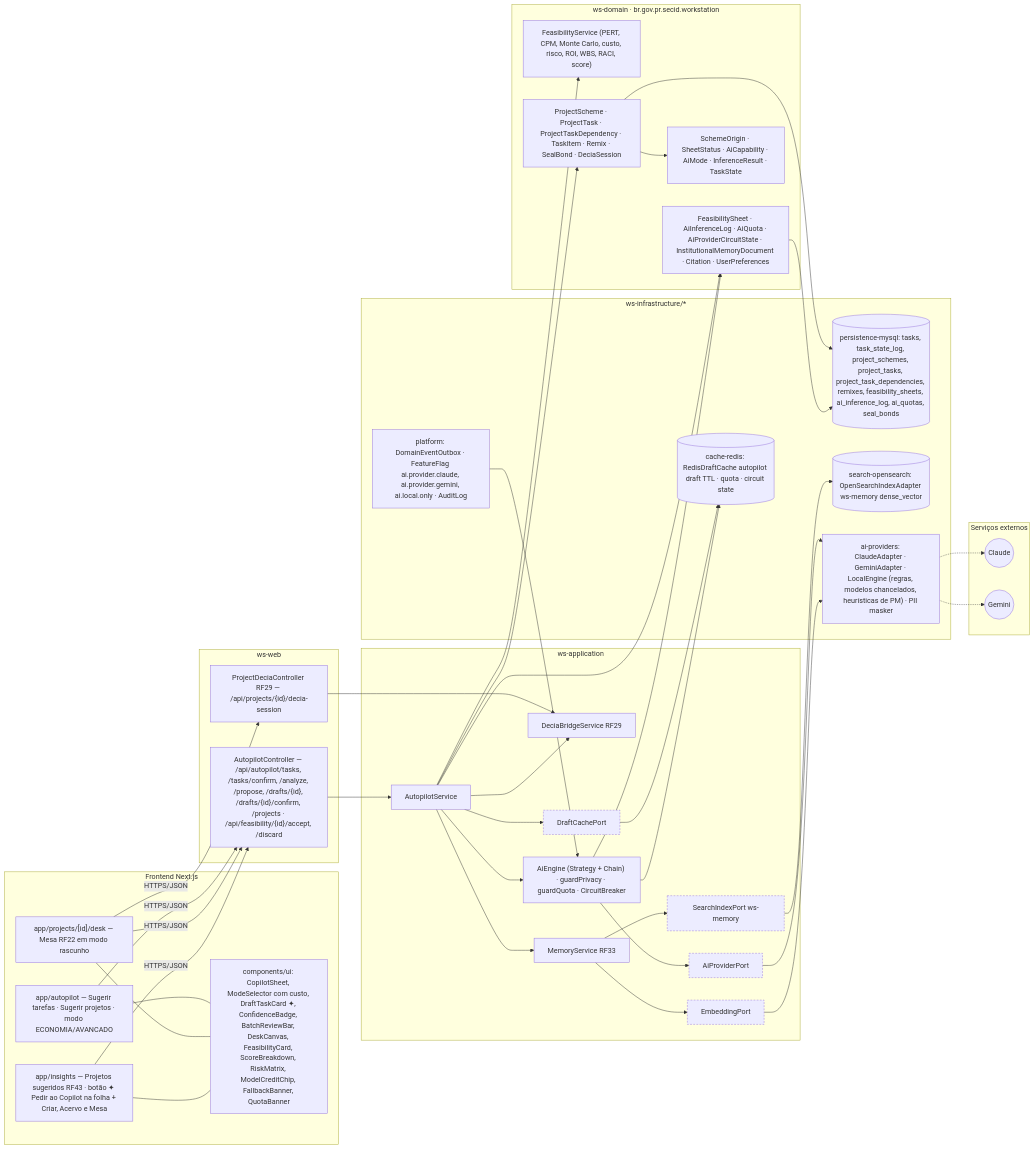
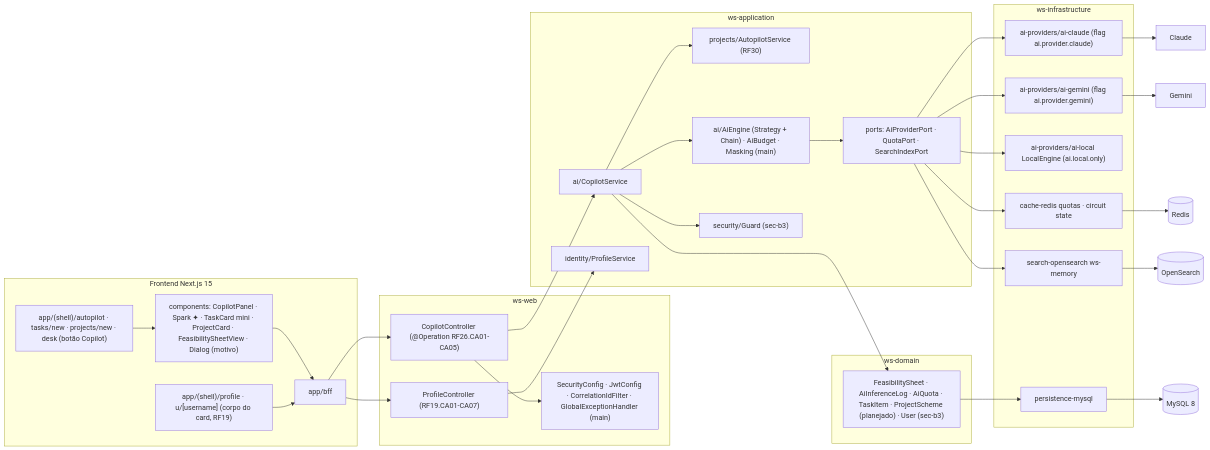
Before and after one commit to MatheusHaliski/Decia-app-2026: the fifth of 5 diagrams in docs/diagramas/RF26/README.md, drawn with Mermaid. The commit also changed other lines of this file and 5 other files, not shown here.

First line of the commit message:
docs(diagramas): reescreve RF24–RF29 (classes, atividades, sequência, estados, componentes)

````diff
--- a/docs/diagramas/RF26/README.md
+++ b/docs/diagramas/RF26/README.md
@@ -651,80 +397,47 @@
 ```mermaid
 flowchart LR
-  subgraph FE["Frontend Next.js"]
-    F1["app/autopilot — Sugerir tarefas · Sugerir projetos · modo ECONOMIA/AVANCADO"]
-    F2["app/projects/[id]/desk — Mesa RF22 em modo rascunho"]
-    F3["app/insights — Projetos sugeridos RF43 · botão ✦ Pedir ao Copilot na folha + Criar, Acervo e Mesa"]
-    F4["components/ui: CopilotSheet, ModeSelector com custo, DraftTaskCard ✦, ConfidenceBadge, BatchReviewBar, DeskCanvas, FeasibilityCard, ScoreBreakdown, RiskMatrix, ModelCreditChip, FallbackBanner, QuotaBanner"]
+  subgraph FRONT["Frontend Next.js 15"]
+    R1["app/(shell)/autopilot · tasks/new · projects/new · desk (botão Copilot)"]
+    R2["components: CopilotPanel · Spark ✦ · TaskCard mini · ProjectCard · FeasibilitySheetView · Dialog (motivo)"]
+    R3["app/(shell)/profile · u/[username] (corpo do card, RF19)"]
+    BFF["app/bff"]
+    R1 --> R2 --> BFF
+    R3 --> BFF
   end
-
   subgraph WEB["ws-web"]
-    C1["AutopilotController — /api/autopilot/tasks, /tasks/confirm, /analyze, /propose, /drafts/{id}, /drafts/{id}/confirm, /projects · /api/feasibility/{id}/accept, /discard"]
-    C2["ProjectDeciaController RF29 — /api/projects/{id}/decia-session"]
+    CC["CopilotController (@Operation RF26.CA01-CA05)"]
+    PCO["ProfileController (RF19.CA01-CA07)"]
+    SEC["SecurityConfig · JwtConfig · CorrelationIdFilter · GlobalExceptionHandler (main)"]
   end
-
-  subgraph APP["ws-application"]
-    S1["AutopilotService"]
-    S2["MemoryService RF33"]
-    S3["DeciaBridgeService RF29"]
-    S4["AiEngine (Strategy + Chain) · guardPrivacy · guardQuota · CircuitBreaker"]
-    P1["AiProviderPort"]
-    P2["DraftCachePort"]
-    P3["SearchIndexPort ws-memory"]
-    P4["EmbeddingPort"]
+  subgraph APPL["ws-application"]
+    CS["ai/CopilotService"]
+    AS["projects/AutopilotService (RF30)"]
+    AIE["ai/AiEngine (Strategy + Chain) · AiBudget · Masking (main)"]
+    PS["identity/ProfileService"]
+    GD["security/Guard (sec-b3)"]
+    PORTS["ports: AiProviderPort · QuotaPort · SearchIndexPort"]
   end
-
-  subgraph DOM["ws-domain · br.gov.pr.secid.workstation"]
-    D1["FeasibilityService (PERT, CPM, Monte Carlo, custo, risco, ROI, WBS, RACI, score)"]
-    D2["ProjectScheme · ProjectTask · ProjectTaskDependency · TaskItem · Remix · SealBond · DeciaSession"]
-    D3["FeasibilitySheet · AiInferenceLog · AiQuota · AiProviderCircuitState · InstitutionalMemoryDocument · Citation · UserPreferences"]
-    D4["SchemeOrigin · SheetStatus · AiCapability · AiMode · InferenceResult · TaskState"]
+  subgraph DOM["ws-domain"]
+    ENT["FeasibilitySheet · AiInferenceLog · AiQuota · TaskItem · ProjectScheme (planejado) · User (sec-b3)"]
   end
-
-  subgraph INFRA["ws-infrastructure/*"]
-    I1[("persistence-mysql: tasks, task_state_log, project_schemes, project_tasks, project_task_dependencies, remixes, feasibility_sheets, ai_inference_log, ai_quotas, seal_bonds")]
-    I2[("cache-redis: RedisDraftCache autopilot draft TTL · quota · circuit state")]
-    I3[("search-opensearch: OpenSearchIndexAdapter ws-memory dense_vector")]
-    I4["ai-providers: ClaudeAdapter · GeminiAdapter · LocalEngine (regras, modelos chancelados, heurísticas de PM) · PII masker"]
-    I5["platform: DomainEventOutbox · FeatureFlag ai.provider.claude, ai.provider.gemini, ai.local.only · AuditLog"]
+  subgraph INFRA["ws-infrastructure"]
+    AIC["ai-providers/ai-claude (flag ai.provider.claude)"]
+    AIG["ai-providers/ai-gemini (flag ai.provider.gemini)"]
+    AIL["ai-providers/ai-local LocalEngine (ai.local.only)"]
+    RD["cache-redis quotas · circuit state"]
+    OSA["search-opensearch ws-memory"]
+    MY["persistence-mysql"]
   end
-
-  subgraph EXT["Serviços externos"]
-    E1(("Claude"))
-    E2(("Gemini"))
-  end
-
-  F1 --- F4
-  F2 --- F4
-  F3 --- F4
-  F1 -->|"HTTPS/JSON"| C1
-  F2 -->|"HTTPS/JSON"| C1
-  F2 -->|"HTTPS/JSON"| C2
-  F3 -->|"HTTPS/JSON"| C1
-  C1 --> S1
-  C2 --> S3
-  S1 --> S2
-  S1 --> S3
-  S1 --> S4
-  S1 --> D1
-  S1 --> P2
-  S4 --> P1
-  S2 --> P3
-  S2 --> P4
-  S1 --> D2
-  S1 --> D3
-  S4 --> D3
-  D2 --> D4
-  D2 --> I1
-  D3 --> I1
-  P2 --> I2
-  S4 --> I2
-  P3 --> I3
-  P1 --> I4
-  P4 --> I4
-  I5 --> S4
-  I4 -.-> E1
-  I4 -.-> E2
-
-  classDef port stroke-dasharray: 4 3
-  class P1,P2,P3,P4 port
+  BFF --> CC --> CS
+  BFF --> PCO --> PS
+  CC --> SEC
+  CS --> AS
+  CS --> AIE --> PORTS
+  CS --> GD
+  CS --> ENT --> MY --> MYSQL[("MySQL 8")]
+  PORTS --> AIC --> CLAUDE["Claude"]
+  PORTS --> AIG --> GEM["Gemini"]
+  PORTS --> AIL
+  PORTS --> RD --> REDIS[("Redis")]
+  PORTS --> OSA --> OPENS[("OpenSearch")]
 ```
````
